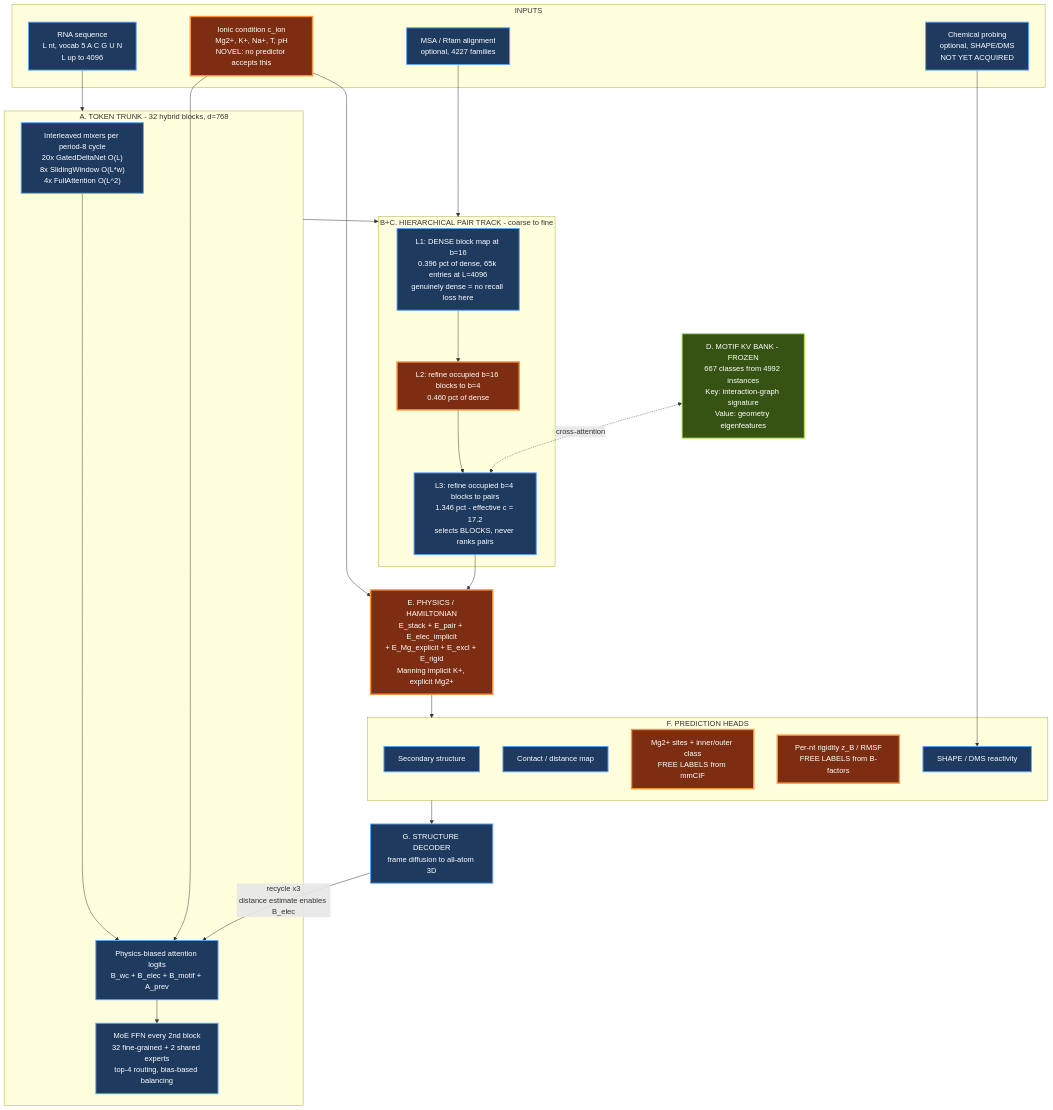
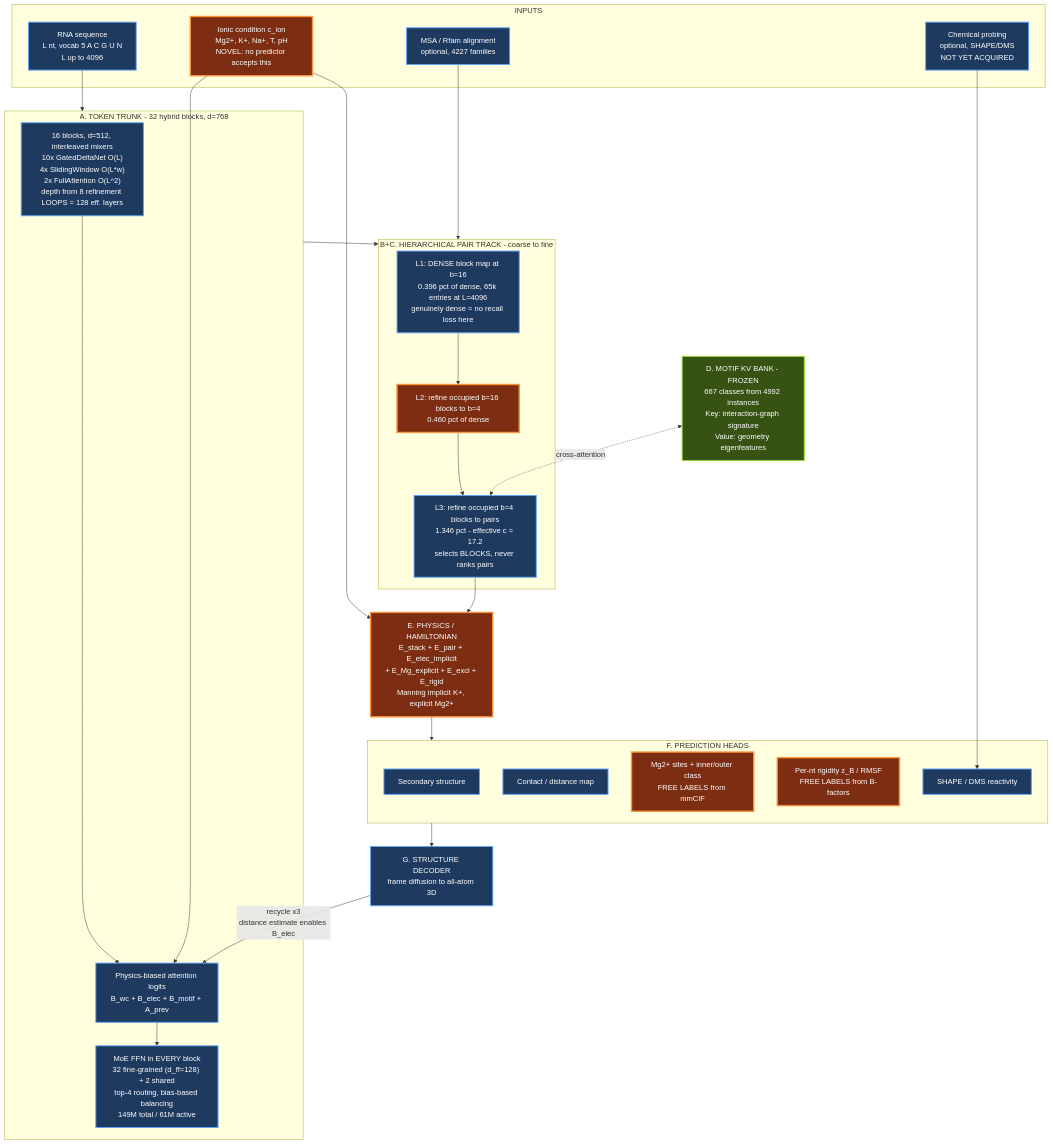
One commit to E-Motioner-X-SBS/sbs-rna changed the diagram in research/architecture/diagrams/01-system-overview.mmd. Above: the diagram before and after it, drawn with Mermaid. The commit also changed 19 other files, not shown here.

```diff
--- a/research/architecture/diagrams/01-system-overview.mmd
+++ b/research/architecture/diagrams/01-system-overview.mmd
@@ -1,54 +1,54 @@
 graph TB
     subgraph INPUTS["INPUTS"]
         SEQ["RNA sequence<br/>L nt, vocab 5 A C G U N<br/>L up to 4096"]
         ION["Ionic condition c_ion<br/>Mg2+, K+, Na+, T, pH<br/>NOVEL: no predictor accepts this"]
         MSA["MSA / Rfam alignment<br/>optional, 4227 families"]
         CHEM["Chemical probing<br/>optional, SHAPE/DMS<br/>NOT YET ACQUIRED"]
     end
 
     subgraph TRUNK["A. TOKEN TRUNK - 32 hybrid blocks, d=768"]
-        HYB["Interleaved mixers per period-8 cycle<br/>20x GatedDeltaNet O(L)<br/>8x SlidingWindow O(L*w)<br/>4x FullAttention O(L^2)"]
+        HYB["16 blocks, d=512, interleaved mixers<br/>10x GatedDeltaNet O(L)<br/>4x SlidingWindow O(L*w)<br/>2x FullAttention O(L^2)<br/>depth from 8 refinement LOOPS = 128 eff. layers"]
         BIAS["Physics-biased attention logits<br/>B_wc + B_elec + B_motif + A_prev"]
-        MOE["MoE FFN every 2nd block<br/>32 fine-grained + 2 shared experts<br/>top-4 routing, bias-based balancing"]
+        MOE["MoE FFN in EVERY block<br/>32 fine-grained (d_ff=128) + 2 shared<br/>top-4 routing, bias-based balancing<br/>149M total / 61M active"]
         HYB --> BIAS --> MOE
     end
 
     subgraph PAIR["B+C. HIERARCHICAL PAIR TRACK - coarse to fine"]
         PROP["L1: DENSE block map at b=16<br/>0.396 pct of dense, 65k entries at L=4096<br/>genuinely dense = no recall loss here"]
         SEL["L2: refine occupied b=16 blocks to b=4<br/>0.460 pct of dense"]
         TRI["L3: refine occupied b=4 blocks to pairs<br/>1.346 pct - effective c = 17.2<br/>selects BLOCKS, never ranks pairs"]
         PROP --> SEL --> TRI
     end
 
     MOTIF["D. MOTIF KV BANK - FROZEN<br/>667 classes from 4992 instances<br/>Key: interaction-graph signature<br/>Value: geometry eigenfeatures"]
 
     PHYS["E. PHYSICS / HAMILTONIAN<br/>E_stack + E_pair + E_elec_implicit<br/>+ E_Mg_explicit + E_excl + E_rigid<br/>Manning implicit K+, explicit Mg2+"]
 
     subgraph HEADS["F. PREDICTION HEADS"]
         H2D["Secondary structure"]
         HC["Contact / distance map"]
         HMG["Mg2+ sites + inner/outer class<br/>FREE LABELS from mmCIF"]
         HR["Per-nt rigidity z_B / RMSF<br/>FREE LABELS from B-factors"]
         HRX["SHAPE / DMS reactivity"]
     end
 
     DEC["G. STRUCTURE DECODER<br/>frame diffusion to all-atom 3D"]
 
     SEQ --> TRUNK
     ION --> BIAS
     ION --> PHYS
     MSA --> PAIR
     CHEM --> HRX
     TRUNK --> PAIR
     MOTIF <-.->|cross-attention| TRI
     TRI --> PHYS
     PHYS --> HEADS
     HEADS --> DEC
     DEC -->|"recycle x3<br/>distance estimate enables B_elec"| BIAS
 
     classDef novel fill:#7c2d12,stroke:#fb923c,stroke-width:3px,color:#fff
     classDef std fill:#1e3a5f,stroke:#60a5fa,stroke-width:2px,color:#fff
     classDef frozen fill:#365314,stroke:#a3e635,stroke-width:2px,color:#fff
     class ION,PHYS,HMG,HR,SEL novel
     class SEQ,MSA,HYB,MOE,TRI,H2D,HC,DEC,PROP,BIAS,HRX,CHEM std
     class MOTIF frozen
```
